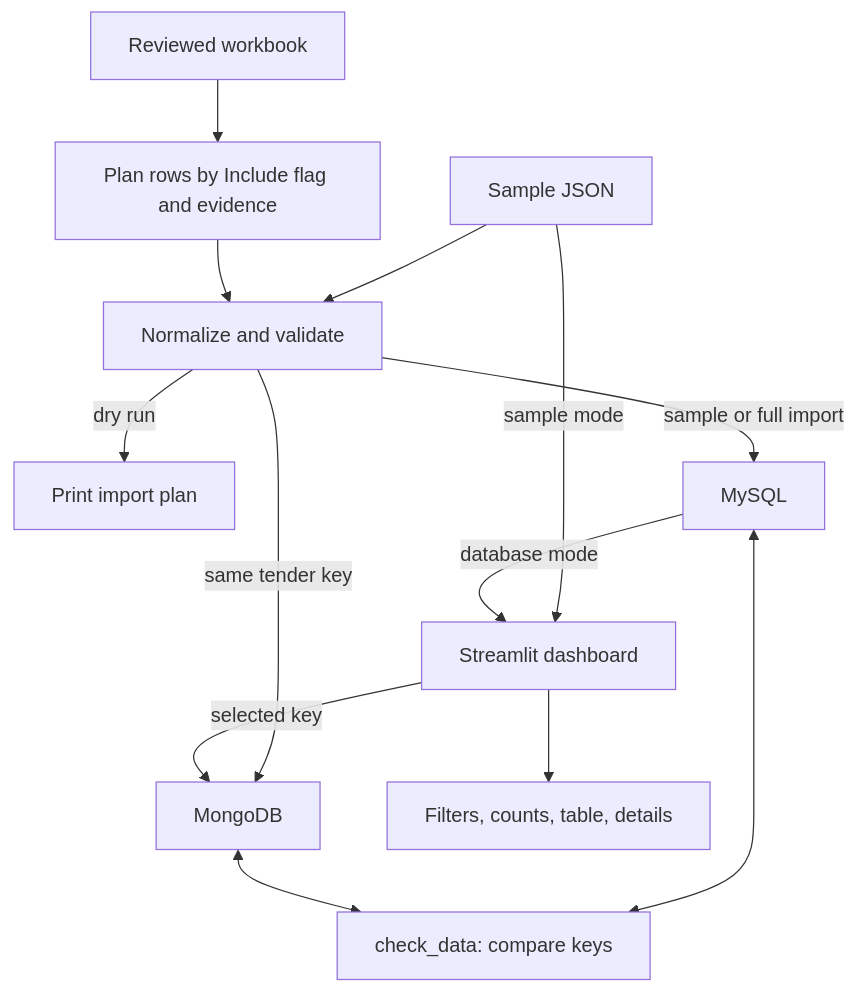
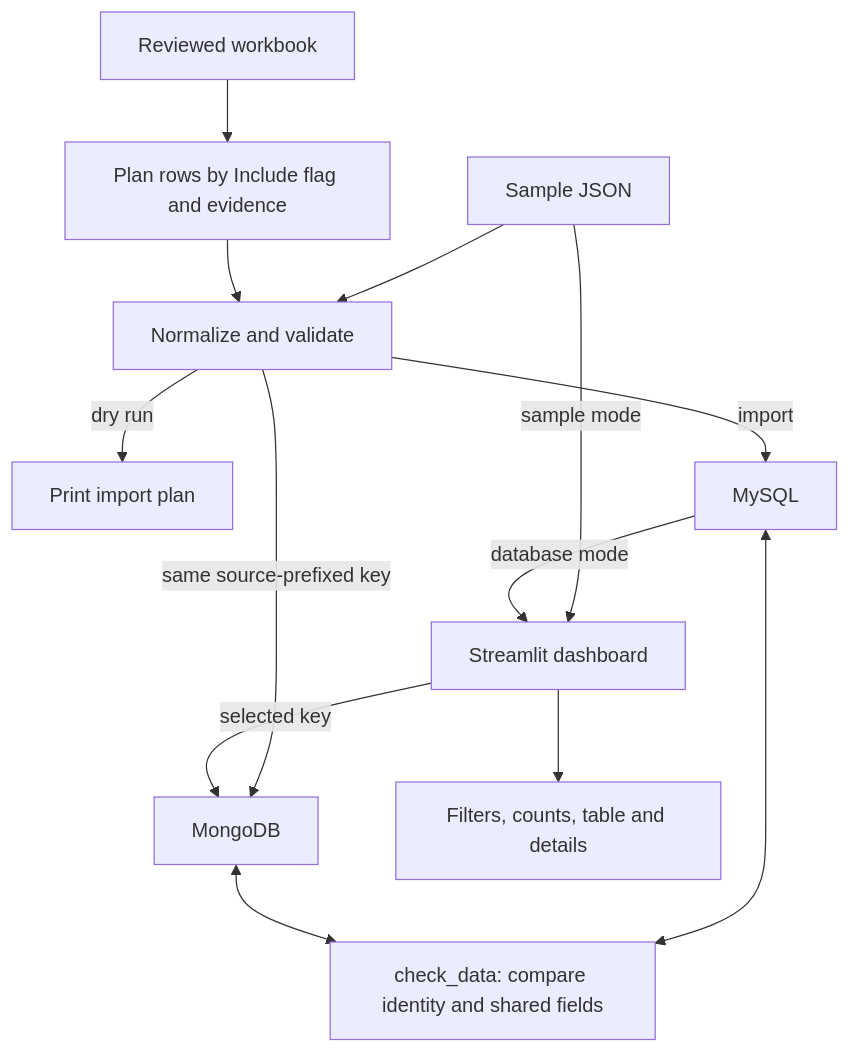
The first of 2 diagrams in docs/ARCHITECTURE.md (Shorya-Raj/DCDS-Project), drawn with Mermaid before and after one commit. The commit also changed other lines of this file and 24 other files, not shown here.

````diff
--- a/docs/ARCHITECTURE.md
+++ b/docs/ARCHITECTURE.md
@@ -7,15 +7,15 @@
 ```mermaid
 flowchart TD
     J[Sample JSON] --> N[Normalize and validate]
     W[Reviewed workbook] --> P[Plan rows by Include flag and evidence]
     P --> N
     N -->|dry run| R[Print import plan]
-    N -->|sample or full import| S[MySQL]
-    N -->|same tender key| M[MongoDB]
+    N -->|import| S[MySQL]
+    N -->|same source-prefixed key| M[MongoDB]
     J -->|sample mode| U[Streamlit dashboard]
     S -->|database mode| U
     U -->|selected key| M
-    U --> Q[Filters, counts, table, details]
-    S <--> C[check_data: compare keys]
+    U --> Q[Filters, counts, table and details]
+    S <--> C[check_data: compare identity and shared fields]
     M <--> C
 ```
````
